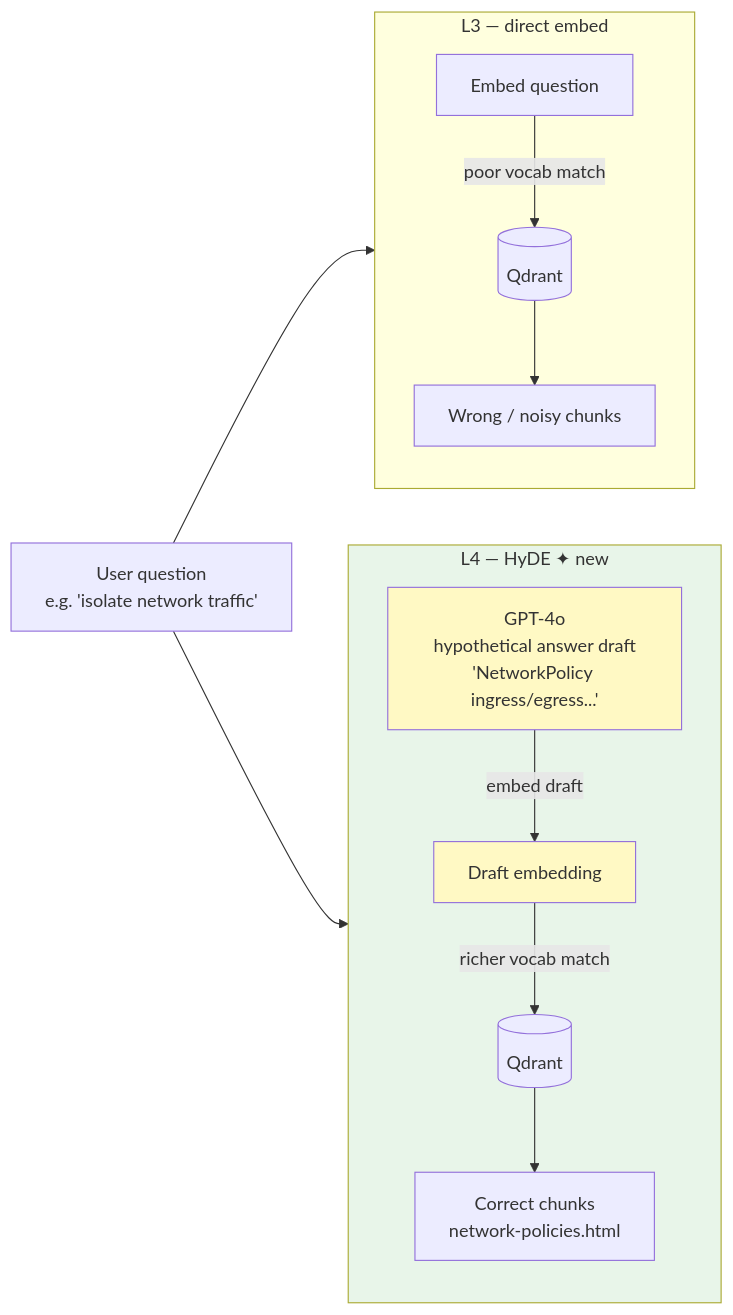
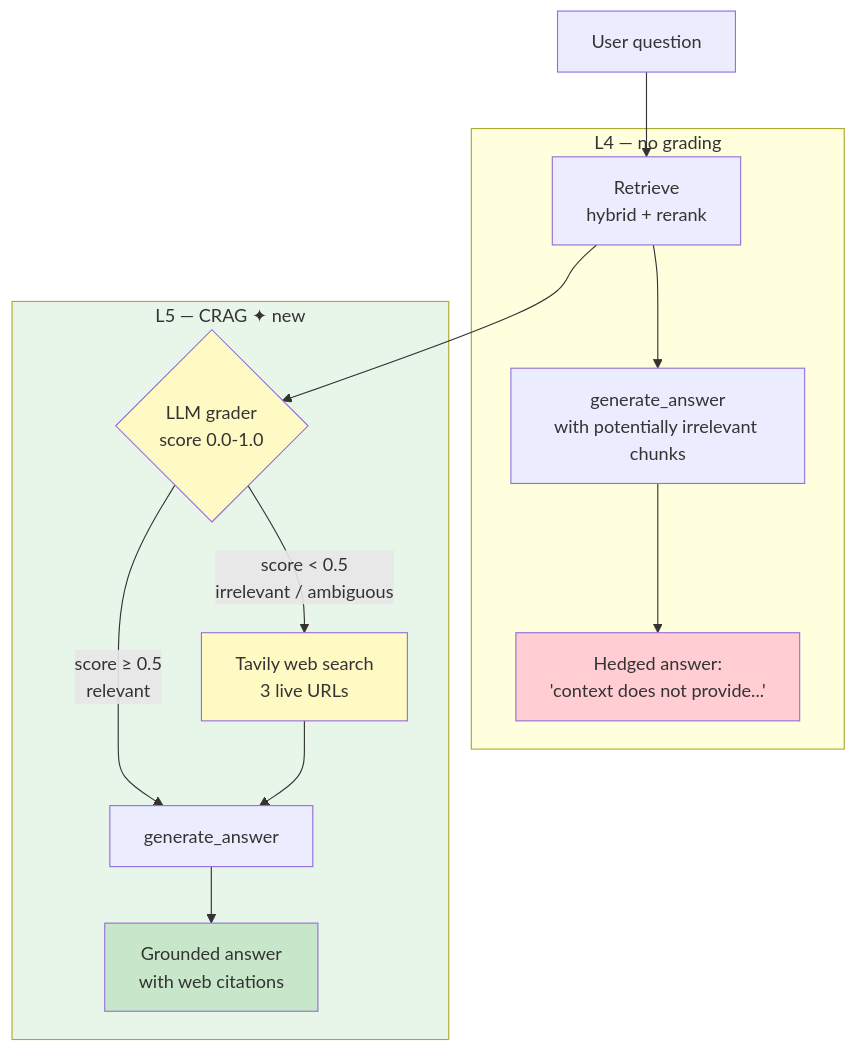
Before and after one commit to yashprogrammer/Adv_rag: the diagram in LESSON.md, drawn with Mermaid. The commit also changed other lines of this file and 9 other files, not shown here.

First line of the commit message:
feat(course): lesson-5-crag — corrective grading + Tavily web fallback

````diff
--- a/LESSON.md
+++ b/LESSON.md
@@ -16,24 +18,25 @@
 ```mermaid
-flowchart LR
-    Q[User question\ne.g. 'isolate network traffic']
+flowchart TD
+    Q[User question]
+    R[Retrieve\nhybrid + rerank]
+    Q --> R
 
-    subgraph Before["L3 — direct embed"]
-        direction TB
-        QE[Embed question] -->|poor vocab match| QD3[(Qdrant)]
-        QD3 --> C3[Wrong / noisy chunks]
+    subgraph Before["L4 — no grading"]
+        R --> G4[generate_answer\nwith potentially irrelevant chunks]
+        G4 --> A4["Hedged answer:\n'context does not provide...'"]
     end
 
-    subgraph After["L4 — HyDE ✦ new"]
-        direction TB
-        LLM4[GPT-4o\nhypothetical answer draft\n'NetworkPolicy ingress/egress...'] -->|embed draft| HE[Draft embedding]
-        HE -->|richer vocab match| QD4[(Qdrant)]
-        QD4 --> C4[Correct chunks\nnetwork-policies.html]
+    subgraph After["L5 — CRAG ✦ new"]
+        R --> GR{LLM grader\nscore 0.0-1.0}
+        GR -->|score ≥ 0.5\nrelevant| GEN[generate_answer]
+        GR -->|score < 0.5\nirrelevant / ambiguous| WS[Tavily web search\n3 live URLs]
+        WS --> GEN
+        GEN --> A5["Grounded answer\nwith web citations"]
     end
 
-    Q --> Before
-    Q --> LLM4
-
     style After fill:#e8f5e9
-    style LLM4 fill:#fff9c4
-    style HE fill:#fff9c4
+    style GR fill:#fff9c4
+    style WS fill:#fff9c4
+    style A4 fill:#ffcdd2
+    style A5 fill:#c8e6c9
 ```
````
